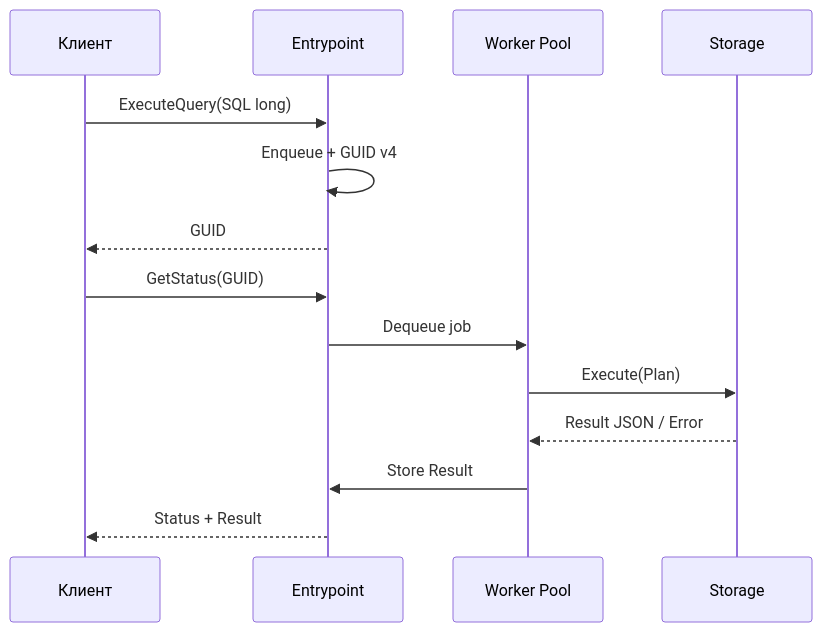
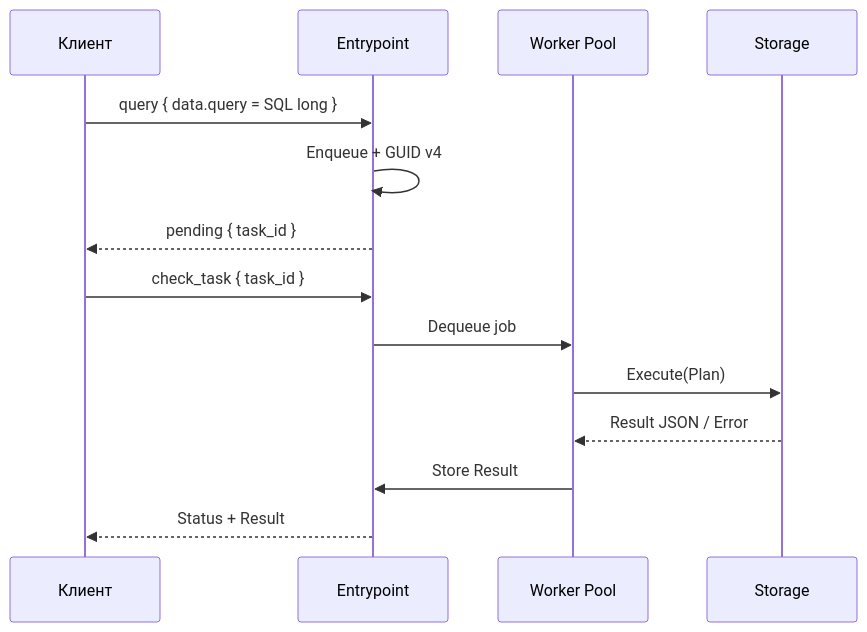
The third of 5 diagrams in docs/ARCHITECTURE.md (EldarSalmanow/QuasarDB), drawn with Mermaid before and after one commit. The commit also changed other lines of this file and 36 other files, not shown here.

````diff
--- a/docs/ARCHITECTURE.md
+++ b/docs/ARCHITECTURE.md
@@ -62,17 +62,17 @@
 ```mermaid
 sequenceDiagram
     participant C as Клиент
     participant E as Entrypoint
     participant W as Worker Pool
     participant S as Storage
 
-    C->>E: ExecuteQuery(SQL long)
+    C->>E: query { data.query = SQL long }
     E->>E: Enqueue + GUID v4
-    E-->>C: GUID
-    C->>E: GetStatus(GUID)
+    E-->>C: pending { task_id }
+    C->>E: check_task { task_id }
     E->>W: Dequeue job
     W->>S: Execute(Plan)
     S-->>W: Result JSON / Error
     W->>E: Store Result
     E-->>C: Status + Result
 ```
````
